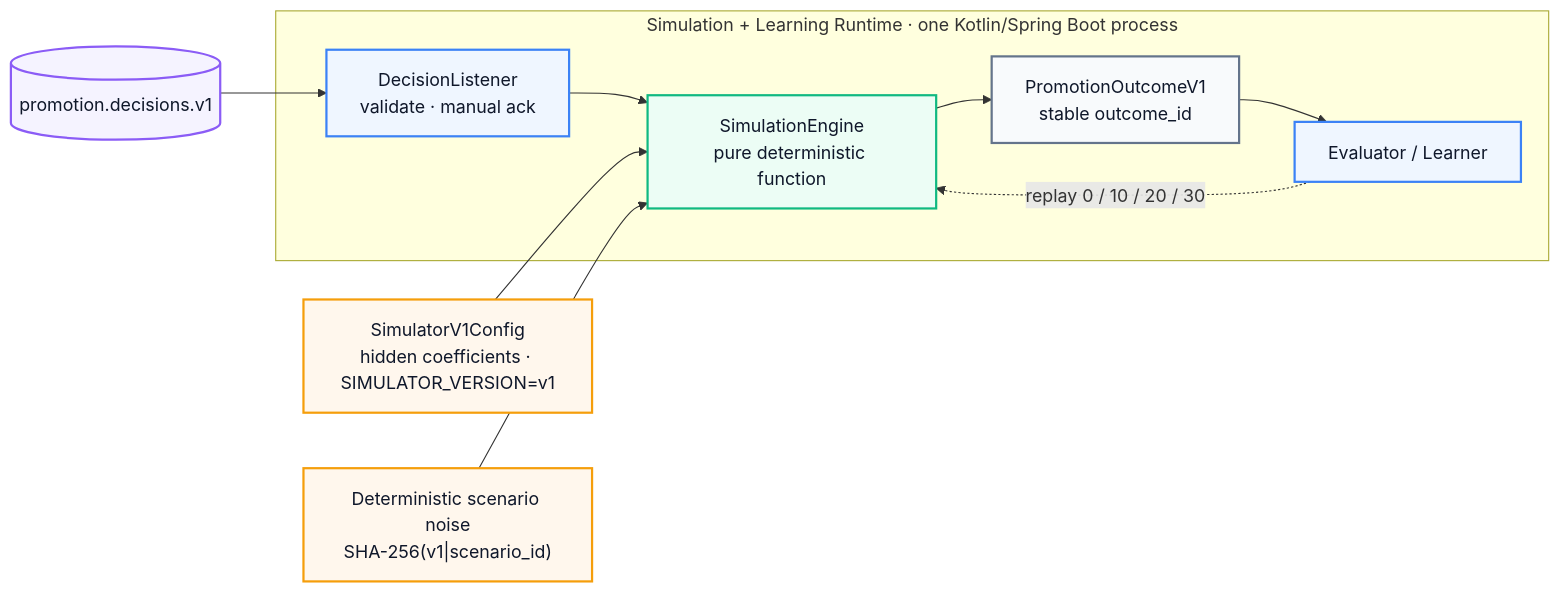
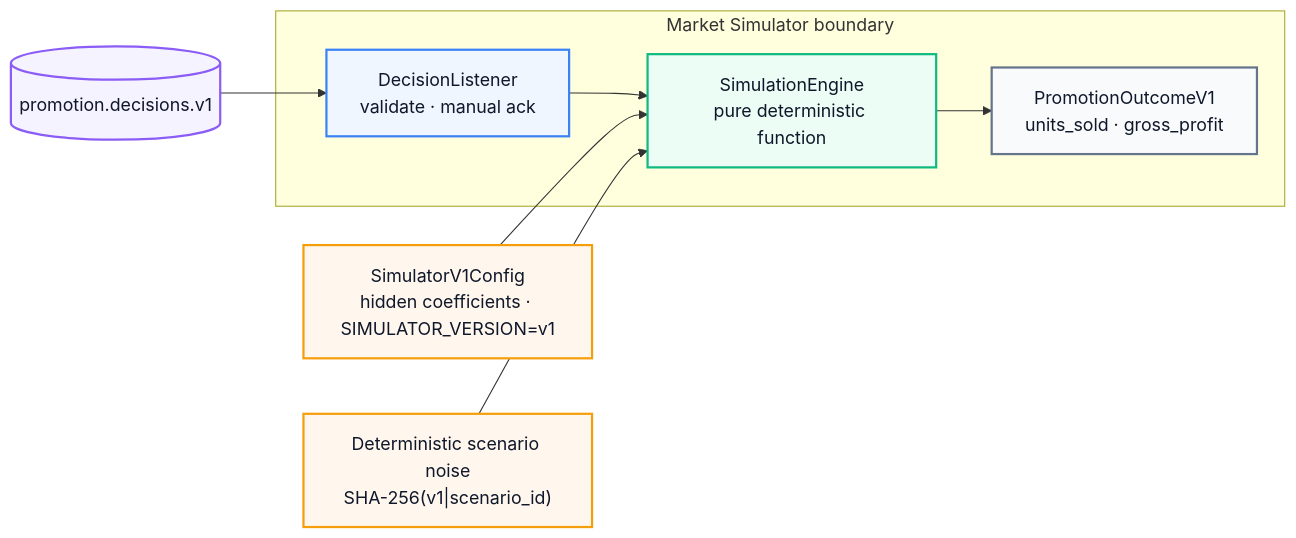
One commit to podlodka-ai-club/snowball changed the diagram in docs/market-simulator/architecture.mmd. Above: the diagram before and after it, drawn with Mermaid. The commit also changed 8 other files, not shown here.

Commit message:
Clarify Market Simulator and learning boundaries

```diff
--- a/docs/market-simulator/architecture.mmd
+++ b/docs/market-simulator/architecture.mmd
@@ -1,32 +1,29 @@
 flowchart LR
     K[("promotion.decisions.v1")]
 
-    subgraph R["Simulation + Learning Runtime · one Kotlin/Spring Boot process"]
+    subgraph M["Market Simulator boundary"]
         L["DecisionListener\nvalidate · manual ack"]
         E["SimulationEngine\npure deterministic function"]
-        O["PromotionOutcomeV1\nstable outcome_id"]
-        V["Evaluator / Learner"]
+        O["PromotionOutcomeV1\nunits_sold · gross_profit"]
     end
 
     C["SimulatorV1Config\nhidden coefficients · SIMULATOR_VERSION=v1"]
     N["Deterministic scenario noise\nSHA-256(v1|scenario_id)"]
 
     K --> L
     L --> E
     C --> E
     N --> E
     E --> O
-    O --> V
-    V -. "replay 0 / 10 / 20 / 30" .-> E
 
     classDef kafka fill:#f5f3ff,stroke:#8b5cf6,stroke-width:2px,color:#0f172a;
     classDef service fill:#eff6ff,stroke:#3b82f6,stroke-width:2px,color:#0f172a;
     classDef engine fill:#ecfdf5,stroke:#10b981,stroke-width:2px,color:#0f172a;
     classDef config fill:#fff7ed,stroke:#f59e0b,stroke-width:2px,color:#0f172a;
     classDef outcome fill:#f8fafc,stroke:#64748b,stroke-width:2px,color:#0f172a;
 
     class K kafka;
-    class L,V service;
+    class L service;
     class E engine;
     class C,N config;
     class O outcome;
```
